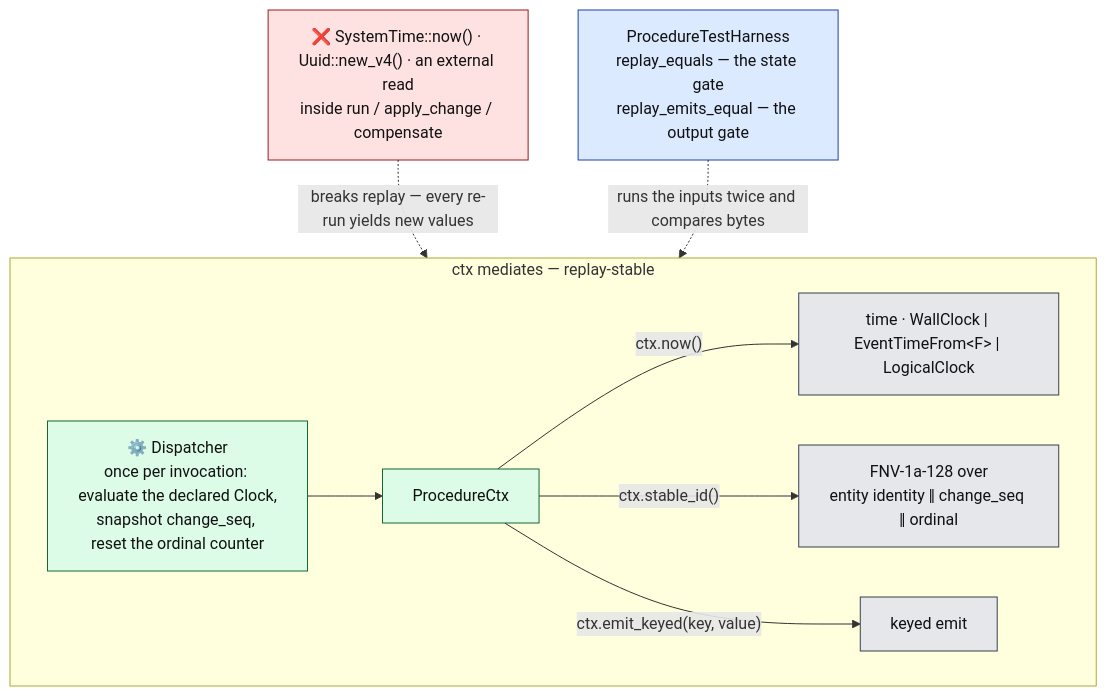
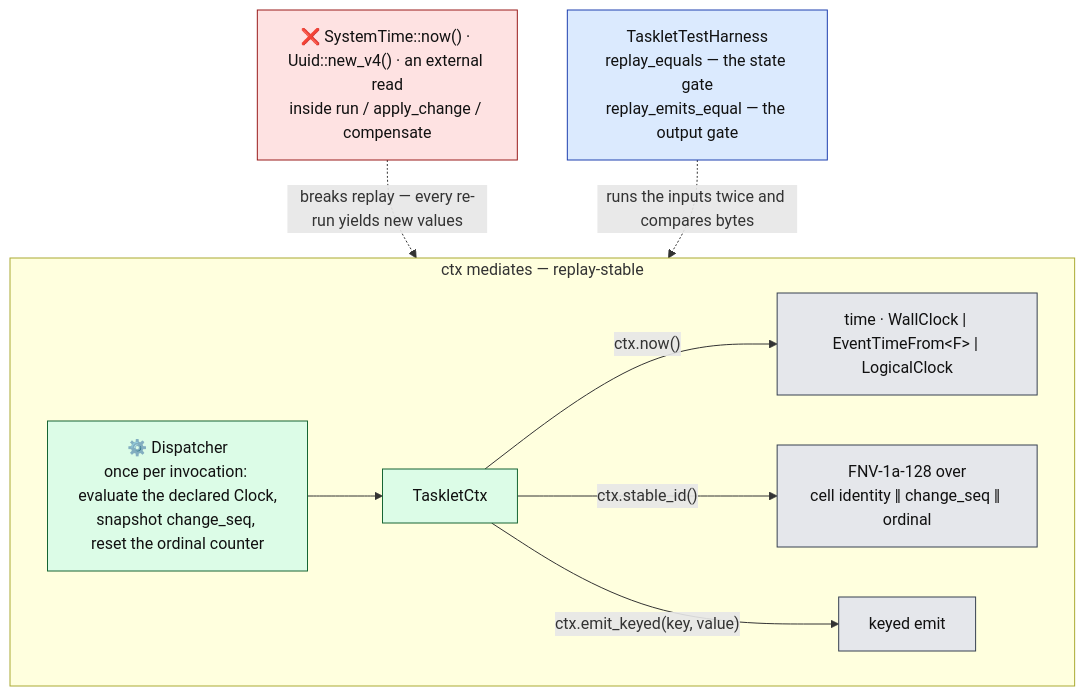
One commit to Flezha/flezha changed the ninth of 17 diagrams in docs/architecture/kernel.md. Above: the diagram before and after it, drawn with Mermaid. The commit also changed other lines of this file and 604 other files, not shown here.

First line of the commit message:
Rename Procedure to Tasklet and Entity to Cell

````diff
--- a/docs/architecture/kernel.md
+++ b/docs/architecture/kernel.md
@@ -439,21 +439,21 @@
 ```mermaid
 flowchart TB
     subgraph GOOD["ctx mediates — replay-stable"]
         DISP["⚙️ Dispatcher<br/>once per invocation: evaluate the declared Clock,<br/>snapshot change_seq, reset the ordinal counter"]:::exec
-        CTX["ProcedureCtx"]:::exec
+        CTX["TaskletCtx"]:::exec
         DISP --> CTX
         CTX -->|"ctx.now()"| T["time · WallClock | EventTimeFrom&lt;F&gt; | LogicalClock"]:::store
-        CTX -->|"ctx.stable_id()"| ID["FNV-1a-128 over<br/>entity identity ‖ change_seq ‖ ordinal"]:::store
+        CTX -->|"ctx.stable_id()"| ID["FNV-1a-128 over<br/>cell identity ‖ change_seq ‖ ordinal"]:::store
         CTX -->|"ctx.emit_keyed(key, value)"| EM["keyed emit"]:::store
     end
     BAD["❌ SystemTime::now() · Uuid::new_v4() · an external read<br/>inside run / apply_change / compensate"]:::risk
-    HARNESS["ProcedureTestHarness<br/>replay_equals — the state gate<br/>replay_emits_equal — the output gate"]:::ctrl
+    HARNESS["TaskletTestHarness<br/>replay_equals — the state gate<br/>replay_emits_equal — the output gate"]:::ctrl
 
     BAD -.->|"breaks replay — every re-run yields new values"| GOOD
     HARNESS -.->|"runs the inputs twice and compares bytes"| GOOD
 
     classDef ctrl fill:#dbeafe,stroke:#1e40af,color:#111
     classDef exec fill:#dcfce7,stroke:#166534,color:#111
     classDef store fill:#e5e7eb,stroke:#374151,color:#111
     classDef risk fill:#fee2e2,stroke:#991b1b,color:#111
 ```
````
